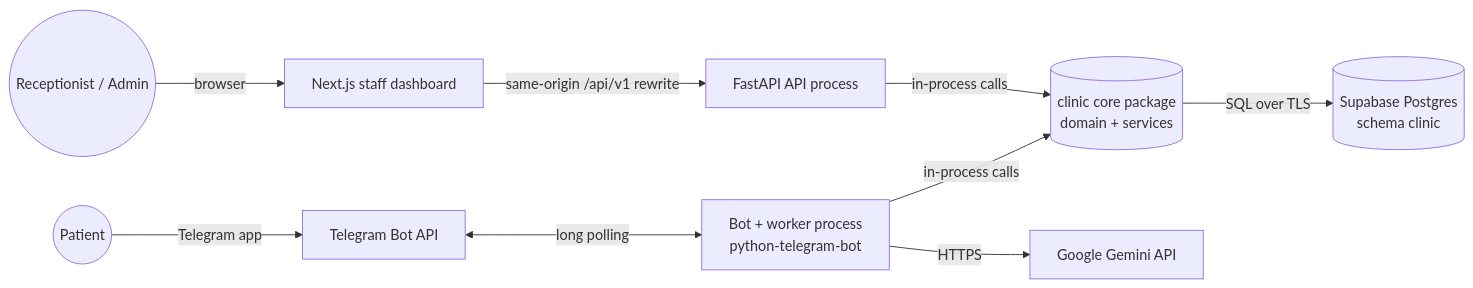
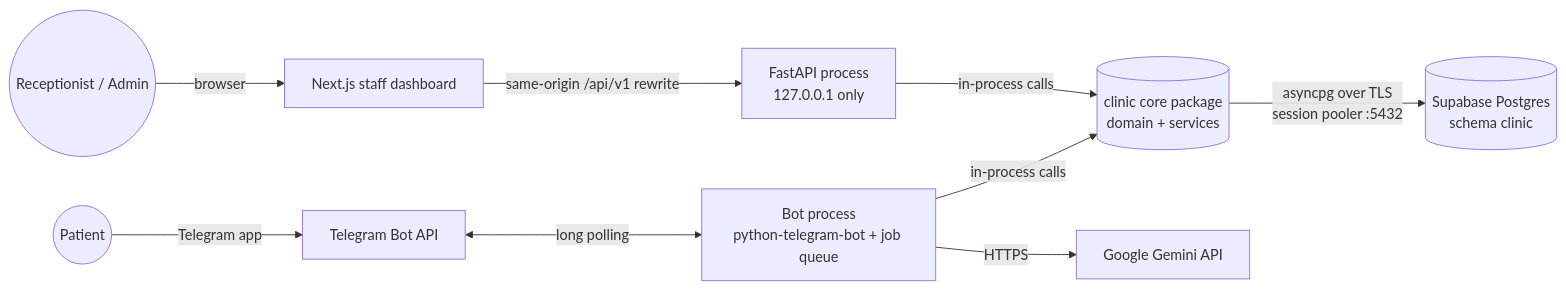
The first of 3 diagrams in docs/architecture/system-architecture.md (armankhan1999/Clinic_Appointment_System_AI), drawn with Mermaid before and after one commit. The commit also changed other lines of this file and 4 other files, not shown here.

First line of the commit message:
docs(architecture): describe the system as built

````diff
--- a/docs/architecture/system-architecture.md
+++ b/docs/architecture/system-architecture.md
@@ -7,11 +7,11 @@
 ```mermaid
 flowchart LR
     Patient((Patient)) -- Telegram app --> TG[Telegram Bot API]
     Staff((Receptionist / Admin)) -- browser --> WEB[Next.js staff dashboard]
-    TG <-- long polling --> BOT[Bot + worker process<br/>python-telegram-bot]
+    TG <-- long polling --> BOT[Bot process<br/>python-telegram-bot + job queue]
     BOT -- in-process calls --> CORE[(clinic core package<br/>domain + services)]
-    WEB -- same-origin /api/v1 rewrite --> API[FastAPI API process]
+    WEB -- same-origin /api/v1 rewrite --> API[FastAPI process<br/>127.0.0.1 only]
     API -- in-process calls --> CORE
-    CORE -- SQL over TLS --> DB[(Supabase Postgres<br/>schema clinic)]
+    CORE -- asyncpg over TLS<br/>session pooler :5432 --> DB[(Supabase Postgres<br/>schema clinic)]
     BOT -- HTTPS --> LLM[Google Gemini API]
 ```
````
